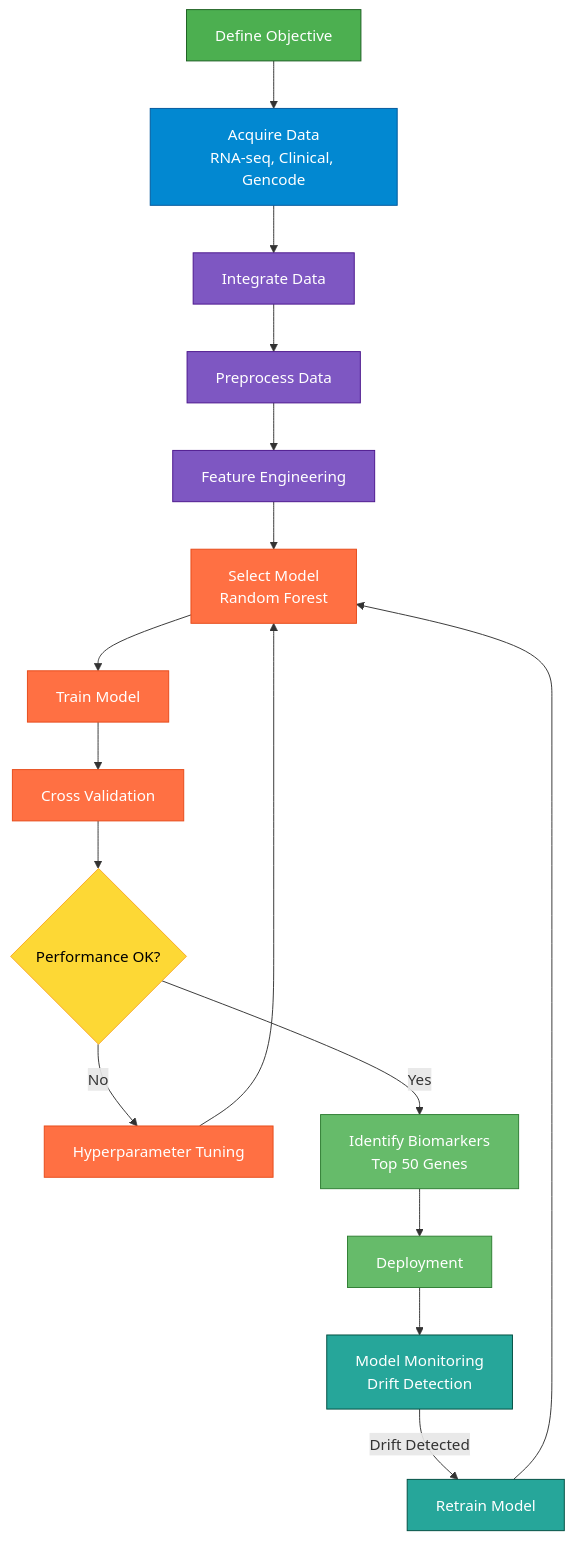
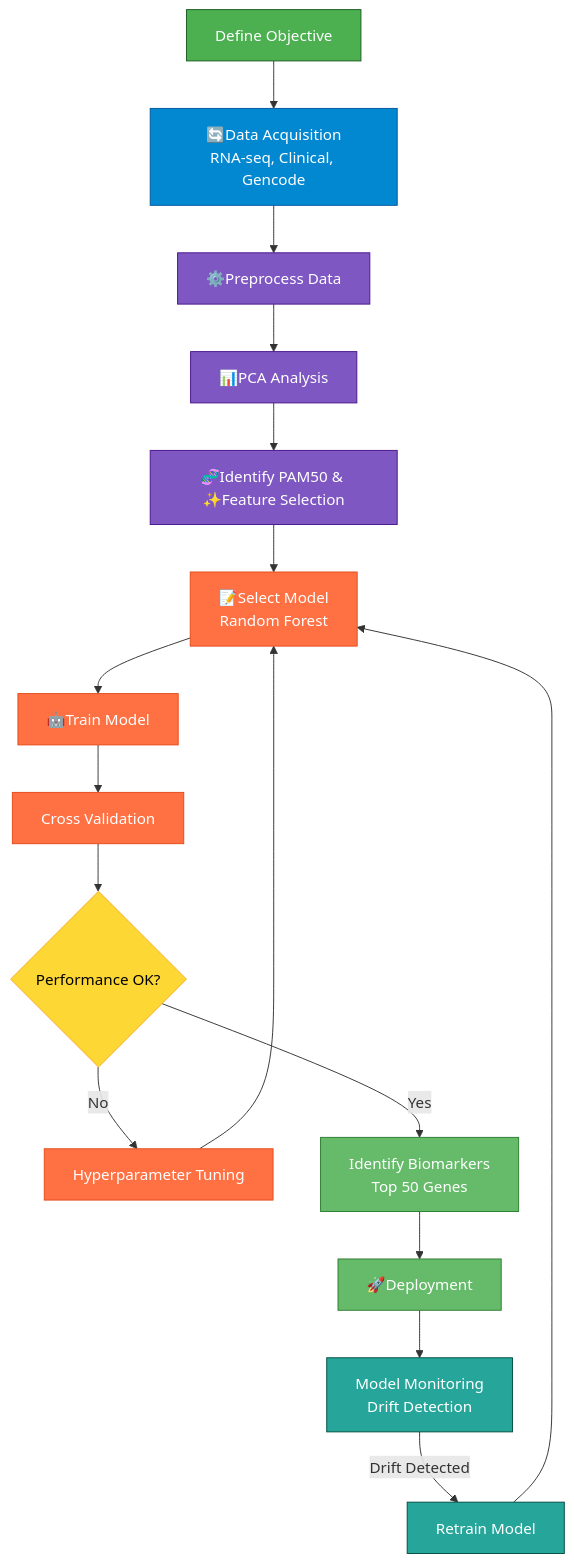
One commit to Yohansgit/Machine-Learning_Models_Projects changed the diagram in WF1-README.md. Above: the diagram before and after it, drawn with Mermaid.

````diff
--- a/WF1-README.md
+++ b/WF1-README.md
@@ -1,32 +1,34 @@
 ```mermaid   
 flowchart TD
 
     %% --- Define Colors ---
     classDef start fill:#4CAF50,stroke:#1B5E20,color:#fff;
     classDef data fill:#0288D1,stroke:#01579B,color:#fff;
     classDef process fill:#7E57C2,stroke:#4A148C,color:#fff;
     classDef model fill:#FF7043,stroke:#E64A19,color:#fff;
     classDef decision fill:#FDD835,stroke:#F9A825,color:#000;
     classDef output fill:#66BB6A,stroke:#2E7D32,color:#fff;
     classDef monitor fill:#26A69A,stroke:#004D40,color:#fff;
 
     A[Define Objective]:::start
-    B[Acquire Data<br/>RNA-seq, Clinical, Gencode]:::data
-    C[Integrate Data]:::process
-    D[Preprocess Data]:::process
-    E[Feature Engineering]:::process
-    F[Select Model<br/>Random Forest]:::model
-    G[Train Model]:::model
+    B[🔄Data Acquisition<br/>RNA-seq, Clinical, Gencode]:::data
+    C[⚙️Preprocess Data]:::process
+    D[📊PCA Analysis]:::process
+    E[🧬Identify PAM50 & ✨Feature Selection]:::process
+    F[📝Select Model<br/>Random Forest]:::model
+    G[🤖Train Model]:::model
     H[Cross Validation]:::model
     I{Performance OK?}:::decision
     J[Hyperparameter Tuning]:::model
     K[Identify Biomarkers<br/>Top 50 Genes]:::output
-    L[Deployment]:::output
+    L[🚀Deployment]:::output
     M[Model Monitoring<br/>Drift Detection]:::monitor
     N[Retrain Model]:::monitor
 
-    A --> B --> C --> D --> E --> F --> G --> H --> I
+    A --> B --> C
+    C--> D
+    D--> E --> F --> G --> H --> I
     I -- No --> J --> F
     I -- Yes --> K --> L --> M
     M -- Drift Detected --> N --> F
 ```
````
